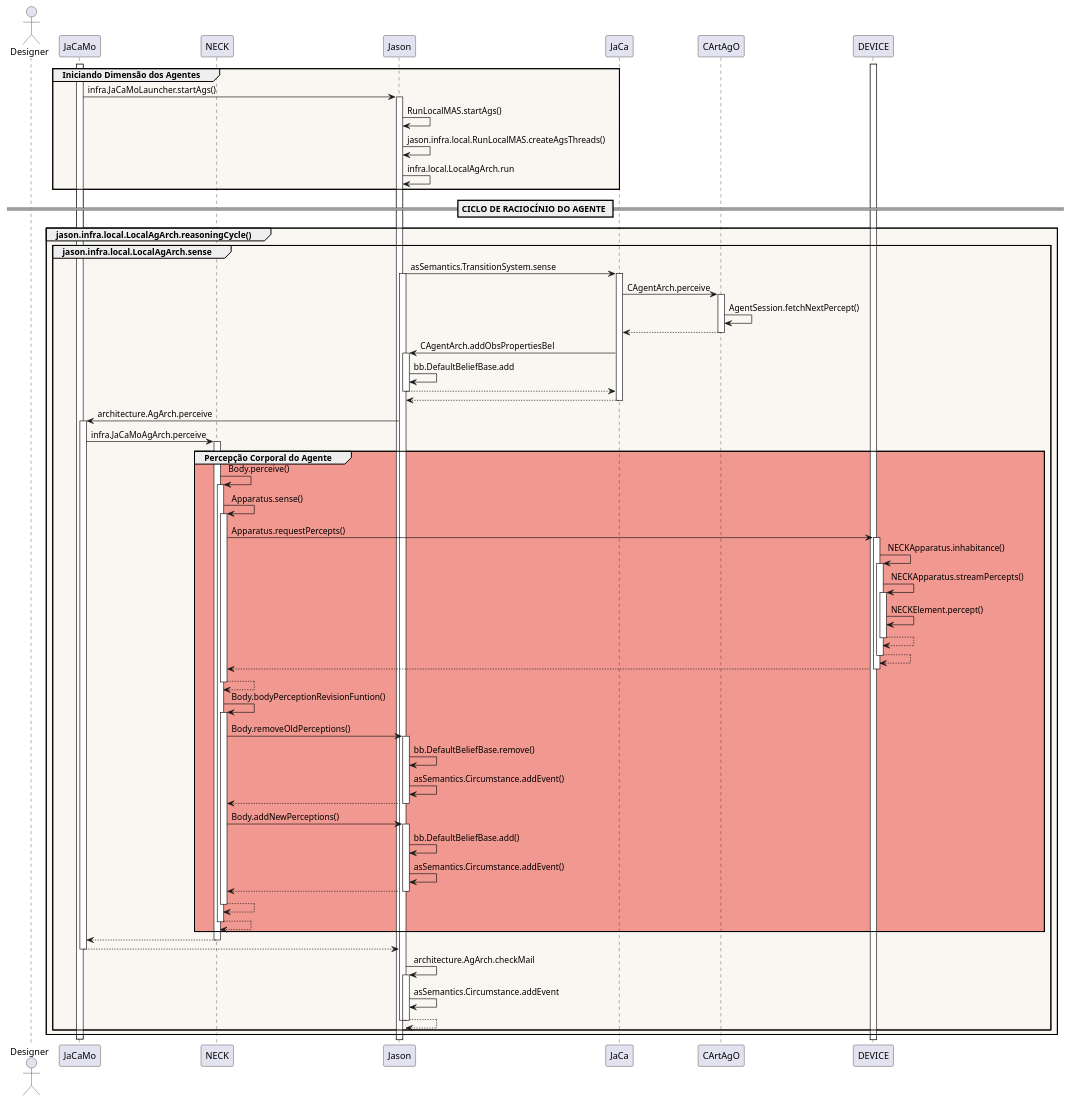
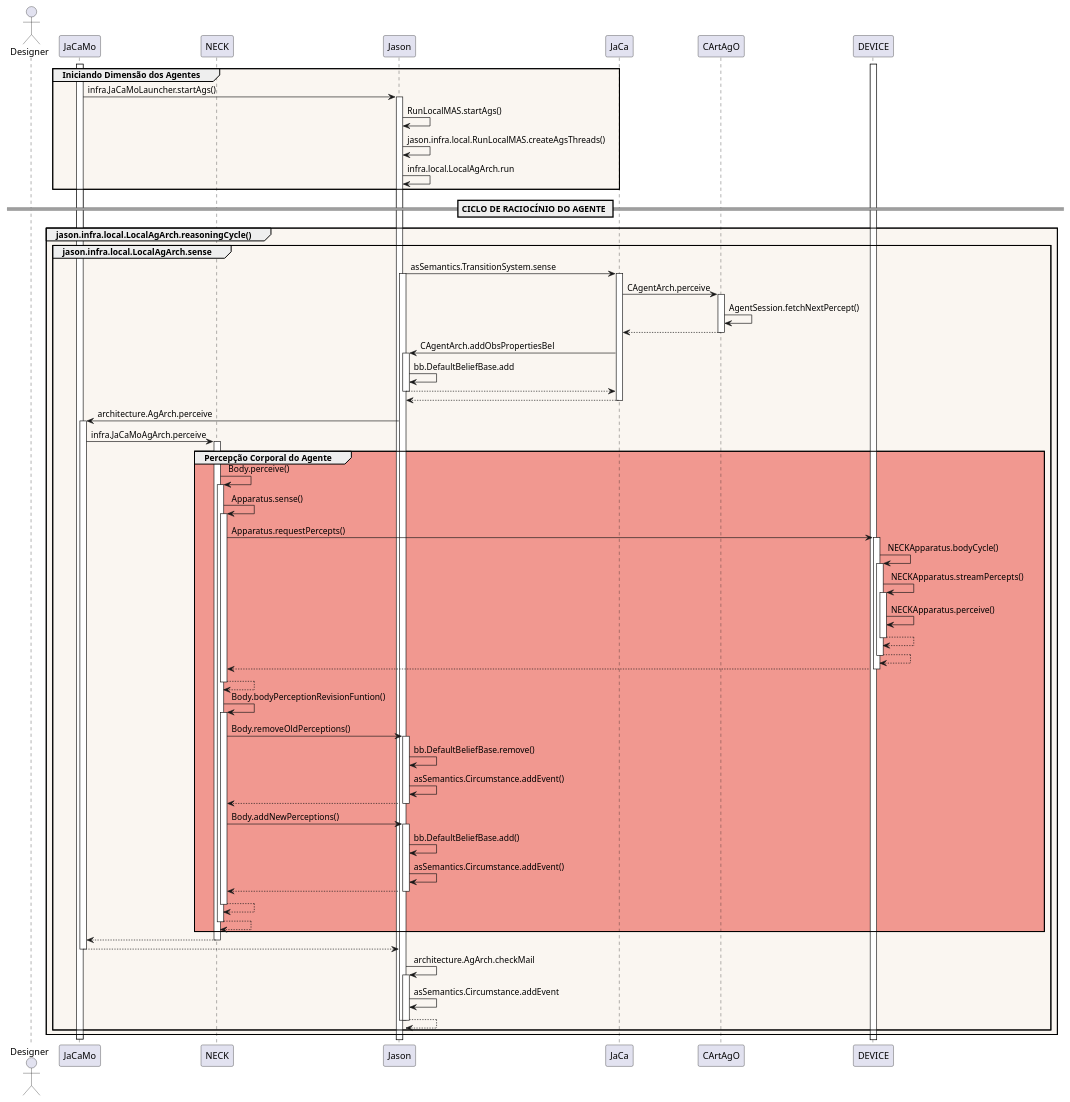
The diagram in doc/01-MyBodyMyPercepts/plantUML/sequence/MyPercepts_sequence.puml (chon-group/JACAMOb), drawn with PlantUML before and after one commit. The commit also changed 122 other files, not shown here.

```diff
--- a/doc/01-MyBodyMyPercepts/plantUML/sequence/MyPercepts_sequence.puml
+++ b/doc/01-MyBodyMyPercepts/plantUML/sequence/MyPercepts_sequence.puml
@@ -7,107 +7,107 @@
 @startuml
 
 
 actor Designer
 participant JaCaMo
 participant NECK
 participant Jason
 participant JaCa
 participant CArtAgO
 participant DEVICE
 
 activate DEVICE
 activate JaCaMo
 
 group #faf6f1 Iniciando Dimensão dos Agentes
 JaCaMo -> Jason : infra.JaCaMoLauncher.startAgs()
 activate Jason
 Jason -> Jason : RunLocalMAS.startAgs()
 Jason -> Jason : jason.infra.local.RunLocalMAS.createAgsThreads()
 Jason -> Jason : infra.local.LocalAgArch.run
 end
 
 
 
 == CICLO DE RACIOCÍNIO DO AGENTE ==
 
 
 group #faf6f1 jason.infra.local.LocalAgArch.reasoningCycle()
 
     group #faf6f1 jason.infra.local.LocalAgArch.sense
         Jason -> JaCa : asSemantics.TransitionSystem.sense
         activate Jason
         activate JaCa
         JaCa -> CArtAgO : CAgentArch.perceive
         activate CArtAgO
         CArtAgO -> CArtAgO: AgentSession.fetchNextPercept()
         return
         
         JaCa -> Jason : CAgentArch.addObsPropertiesBel
         activate Jason
         Jason -> Jason : bb.DefaultBeliefBase.add
         return
         return
         
         Jason -> JaCaMo : architecture.AgArch.perceive
         activate JaCaMo
         JaCaMo -> NECK : infra.JaCaMoAgArch.perceive
         activate NECK
         group #f19890 Percepção Corporal do Agente
             NECK -> NECK : Body.perceive()
             activate NECK
             
             
             NECK -> NECK : Apparatus.sense()
             activate NECK
             NECK -> DEVICE : Apparatus.requestPercepts()
             activate DEVICE
-            DEVICE -> DEVICE : NECKApparatus.inhabitance()
+            DEVICE -> DEVICE : NECKApparatus.bodyCycle()
             activate DEVICE
             DEVICE -> DEVICE : NECKApparatus.streamPercepts()
             activate DEVICE
-            DEVICE -> DEVICE : NECKElement.percept() 
+            DEVICE -> DEVICE : NECKApparatus.perceive() 
             return
             return
             return
             return
             
 
             
             NECK -> NECK : Body.bodyPerceptionRevisionFuntion()
             activate NECK
             NECK -> Jason : Body.removeOldPerceptions()
             activate Jason
             Jason -> Jason : bb.DefaultBeliefBase.remove()
             Jason -> Jason : asSemantics.Circumstance.addEvent()
             return
 
             NECK -> Jason : Body.addNewPerceptions()
             activate Jason
             Jason -> Jason : bb.DefaultBeliefBase.add()
             Jason -> Jason : asSemantics.Circumstance.addEvent()
             return
             
 
             return
         
         return
         end
         return
         return
 
         
         Jason -> Jason : architecture.AgArch.checkMail
         activate Jason
         Jason -> Jason : asSemantics.Circumstance.addEvent
         return
         deactivate Jason
 
     end
 
 
 
 end
 
 deactivate JaCaMo
 
 @enduml
```
